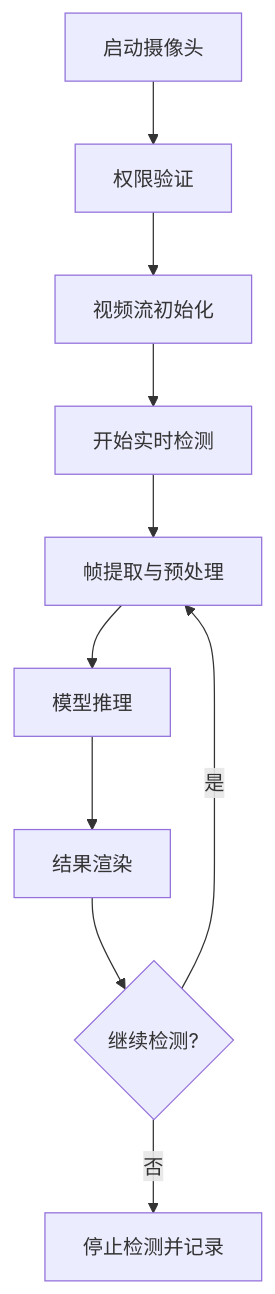
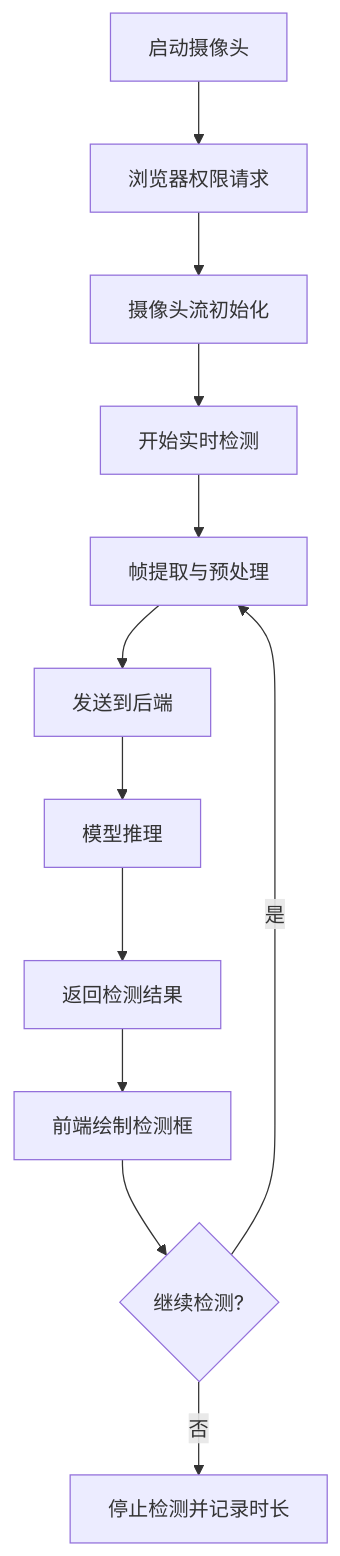
Before and after one commit to wskk267/ElectricAssetDefectRecognition: the second of 3 diagrams in README.md, drawn with Mermaid. The commit also changed other lines of this file and 2 other files, not shown here.

````diff
--- a/README.md
+++ b/README.md
@@ -146,12 +153,14 @@
 ```mermaid
 graph TD
-    A[启动摄像头] --> B[权限验证]
-    B --> C[视频流初始化]
+    A[启动摄像头] --> B[浏览器权限请求]
+    B --> C[摄像头流初始化]
     C --> D[开始实时检测]
     D --> E[帧提取与预处理]
-    E --> F[模型推理]
-    F --> G[结果渲染]
-    G --> H{继续检测?}
-    H -->|是| E
-    H -->|否| I[停止检测并记录]
+    E --> F[发送到后端]
+    F --> G[模型推理]
+    G --> H[返回检测结果]
+    H --> I[前端绘制检测框]
+    I --> J{继续检测?}
+    J -->|是| E
+    J -->|否| K[停止检测并记录时长]
 ```
````
